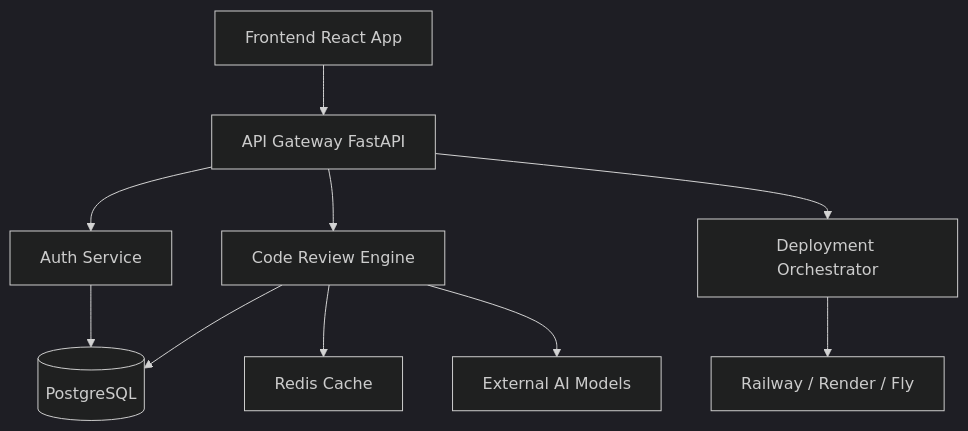
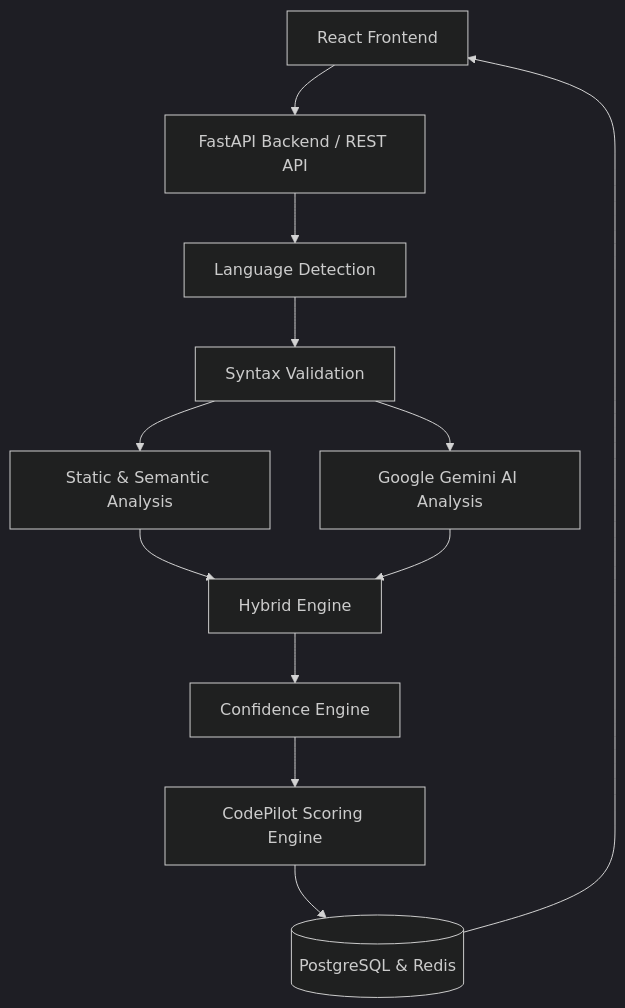
The diagram in README.md (suchintanbiswas-design/CodePilot), drawn with Mermaid (dark theme) before and after one commit. The commit also changed other lines of this file, not shown here.

Commit message:
Update README for CodePilot v2

````diff
--- a/README.md
+++ b/README.md
@@ -29,14 +25,14 @@
 ```mermaid
 graph TD
-    A[Frontend React App] --> B[API Gateway FastAPI]
-    B --> C[Auth Service]
-    B --> D[Code Review Engine]
-    B --> E[Deployment Orchestrator]
-    
-    C --> F[(PostgreSQL)]
-    D --> F
-    D --> G[Redis Cache]
-    D --> H[External AI Models]
-    
-    E --> I[Railway / Render / Fly]
+    A[React Frontend] --> B[FastAPI Backend / REST API]
+    B --> C[Language Detection]
+    C --> D[Syntax Validation]
+    D --> E[Static & Semantic Analysis]
+    D --> F[Google Gemini AI Analysis]
+    E --> G[Hybrid Engine]
+    F --> G
+    G --> H[Confidence Engine]
+    H --> I[CodePilot Scoring Engine]
+    I --> J[(PostgreSQL & Redis)]
+    J --> A
 ```
````
